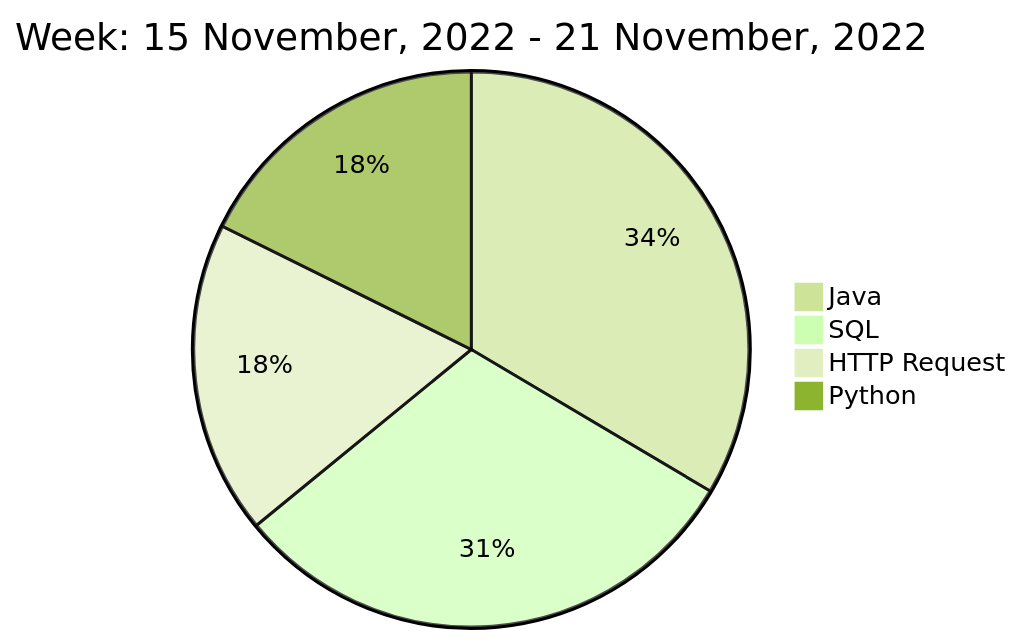
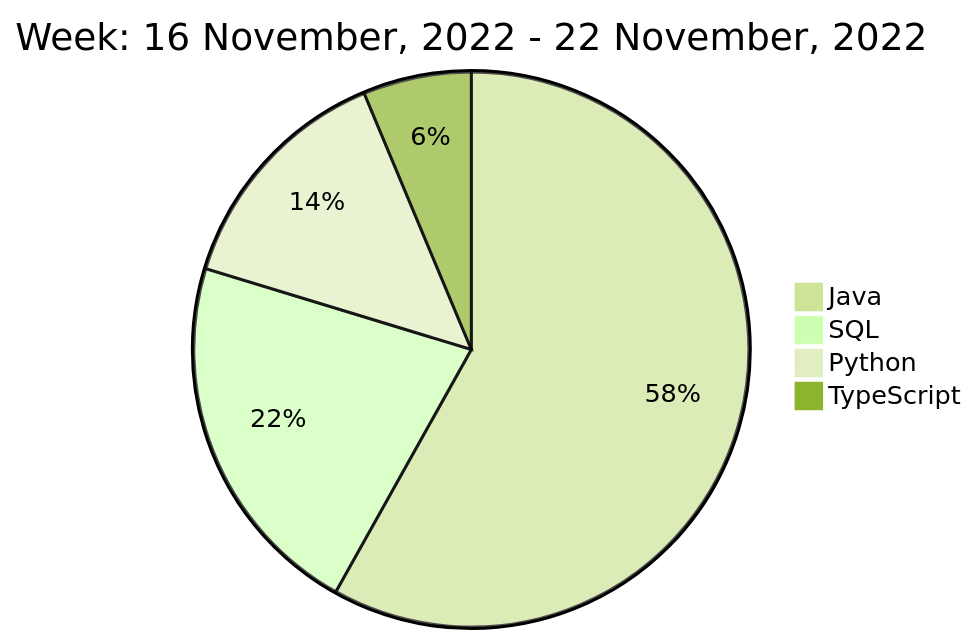
Before and after one commit to liubin95/liubin95: the diagram in README.md, drawn with Mermaid (forest theme).

Commit message:
Updated the Graph with new Metrics

````diff
--- a/README.md
+++ b/README.md
@@ -40,8 +40,8 @@
 ```mermaid
  pie
-title Week: 15 November, 2022 - 21 November, 2022
- "Java" : 3.07
- "SQL" : 2.8
- "HTTP Request" : 1.67
+title Week: 16 November, 2022 - 22 November, 2022
+ "Java" : 6.73
+ "SQL" : 2.5
  "Python" : 1.62
+ "TypeScript" : 0.73
 ```
````
